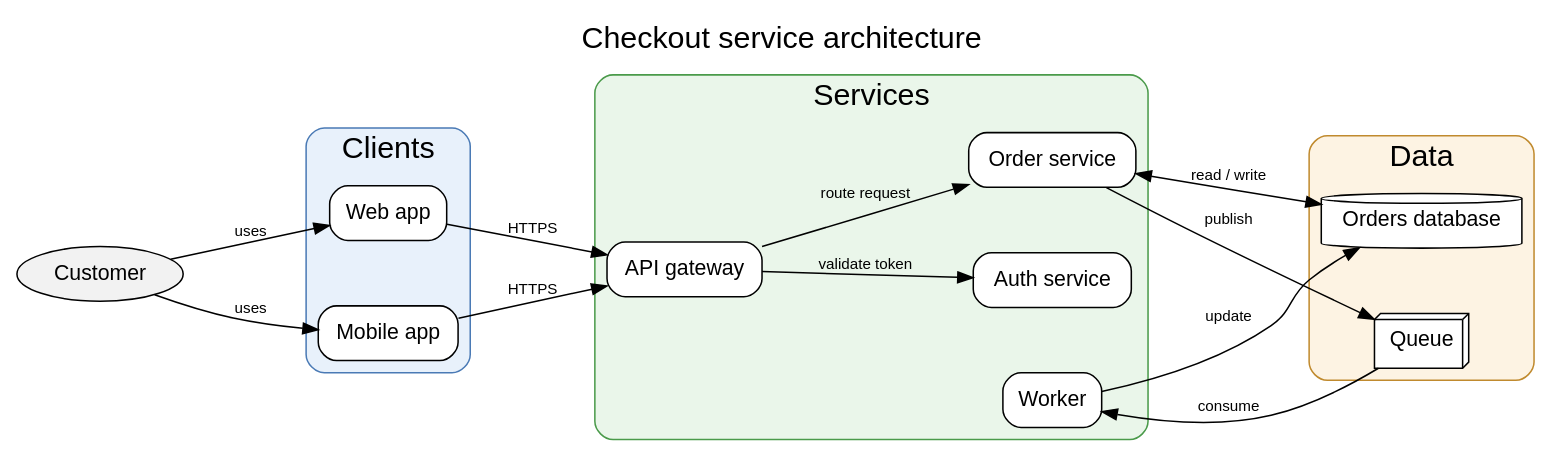
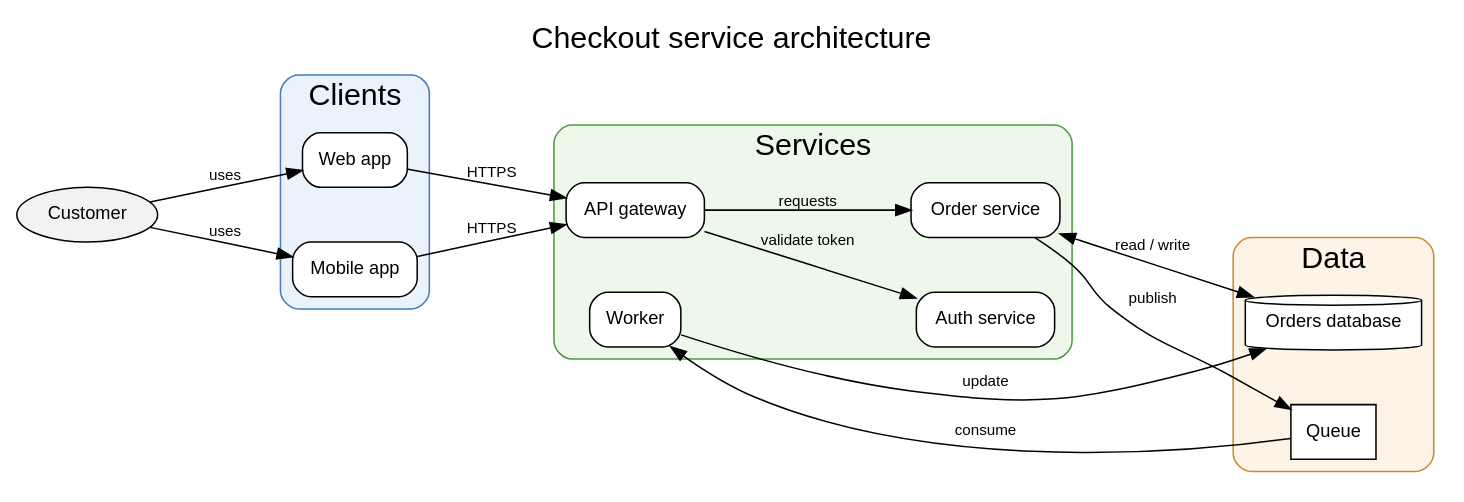
The diagram in docs/evaluations/agent-diagrams/tooled/architecture/dot.dot (byronwall/draftably), drawn with Graphviz before and after one commit. The commit also changed 59 other files, not shown here.

```diff
--- a/docs/evaluations/agent-diagrams/tooled/architecture/dot.dot
+++ b/docs/evaluations/agent-diagrams/tooled/architecture/dot.dot
@@ -1,61 +1,43 @@
 digraph checkout {
-    label = "Checkout service architecture";
-    labelloc = t;
-    fontsize = 20;
-    fontname = "Helvetica";
-    rankdir = LR;
-    compound = true;
-    nodesep = 0.6;
-    ranksep = 0.9;
+  graph [label="Checkout service architecture", labelloc=t, fontsize=20, fontname="Helvetica",
+         rankdir=LR, nodesep=0.5, ranksep=0.9, compound=true];
+  node  [shape=box, style="rounded,filled", fontname="Helvetica", fontsize=12];
+  edge  [fontname="Helvetica", fontsize=10];
 
-    node [fontname = "Helvetica", shape = box, style = "rounded,filled", fillcolor = white];
-    edge [fontname = "Helvetica", fontsize = 10];
+  customer [label="Customer", shape=oval, fillcolor="#f2f2f2"];
 
-    customer [label = "Customer", shape = ellipse, fillcolor = "#f2f2f2"];
+  subgraph cluster_clients {
+    label="Clients"; style="rounded,filled"; fillcolor="#eaf2fb"; color="#4a7ab8";
+    web    [label="Web app",    fillcolor="#ffffff"];
+    mobile [label="Mobile app", fillcolor="#ffffff"];
+  }
 
-    subgraph cluster_clients {
-        label = "Clients";
-        style = "rounded,filled";
-        fillcolor = "#e8f1fb";
-        color = "#4a7ab5";
-        web    [label = "Web app"];
-        mobile [label = "Mobile app"];
-    }
+  subgraph cluster_services {
+    label="Services"; style="rounded,filled"; fillcolor="#edf7ea"; color="#4f9a45";
+    gateway [label="API gateway",   fillcolor="#ffffff"];
+    auth    [label="Auth service",  fillcolor="#ffffff"];
+    order   [label="Order service", fillcolor="#ffffff"];
+    worker  [label="Worker",        fillcolor="#ffffff"];
+  }
 
-    subgraph cluster_services {
-        label = "Services";
-        style = "rounded,filled";
-        fillcolor = "#eaf6ea";
-        color = "#4a9a4a";
-        gateway [label = "API gateway"];
-        auth    [label = "Auth service"];
-        order   [label = "Order service"];
-        worker  [label = "Worker"];
-        { rank = same; order; worker; }
-    }
+  subgraph cluster_data {
+    label="Data"; style="rounded,filled"; fillcolor="#fdf3e6"; color="#c98a2e";
+    ordersdb [label="Orders database", shape=cylinder, fillcolor="#ffffff"];
+    queue    [label="Queue", shape=box, style="filled", fillcolor="#ffffff"];
+  }
 
-    subgraph cluster_data {
-        label = "Data";
-        style = "rounded,filled";
-        fillcolor = "#fdf3e3";
-        color = "#c08a2e";
-        db    [label = "Orders database", shape = cylinder];
-        queue [label = "Queue", shape = box3d];
-    }
+  customer -> web    [label="uses"];
+  customer -> mobile [label="uses"];
 
-    customer -> web    [label = "uses"];
-    customer -> mobile [label = "uses"];
+  web    -> gateway [label="HTTPS"];
+  mobile -> gateway [label="HTTPS"];
 
-    web    -> gateway [label = "HTTPS"];
-    mobile -> gateway [label = "HTTPS"];
+  gateway -> auth  [label="validate token"];
+  gateway -> order [label="requests"];
 
-    gateway -> auth  [label = "validate token"];
-    gateway -> order [label = "route request"];
+  order -> ordersdb [label="read / write", dir=both];
+  order -> queue    [label="publish"];
 
-    order -> queue [label = "publish"];
-    order -> db    [label = "read / write", dir = both];
-    // Drawn as worker -> queue with dir = back so the arrow still points
-    // queue -> worker, but the layout keeps the queue in the data column.
-    worker -> queue [label = "consume", dir = back];
-    worker -> db    [label = "update"];
+  queue  -> worker   [label="consume"];
+  worker -> ordersdb [label="update"];
 }
```
